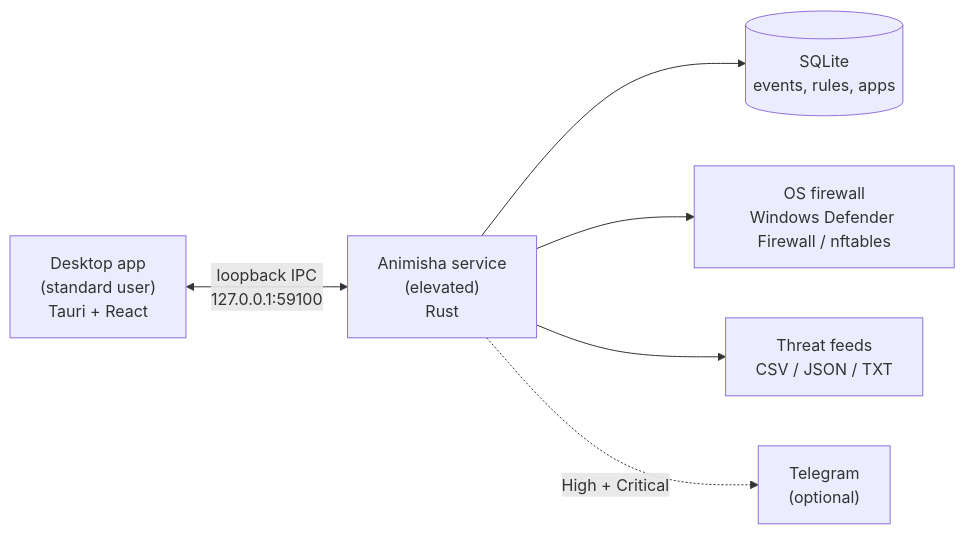
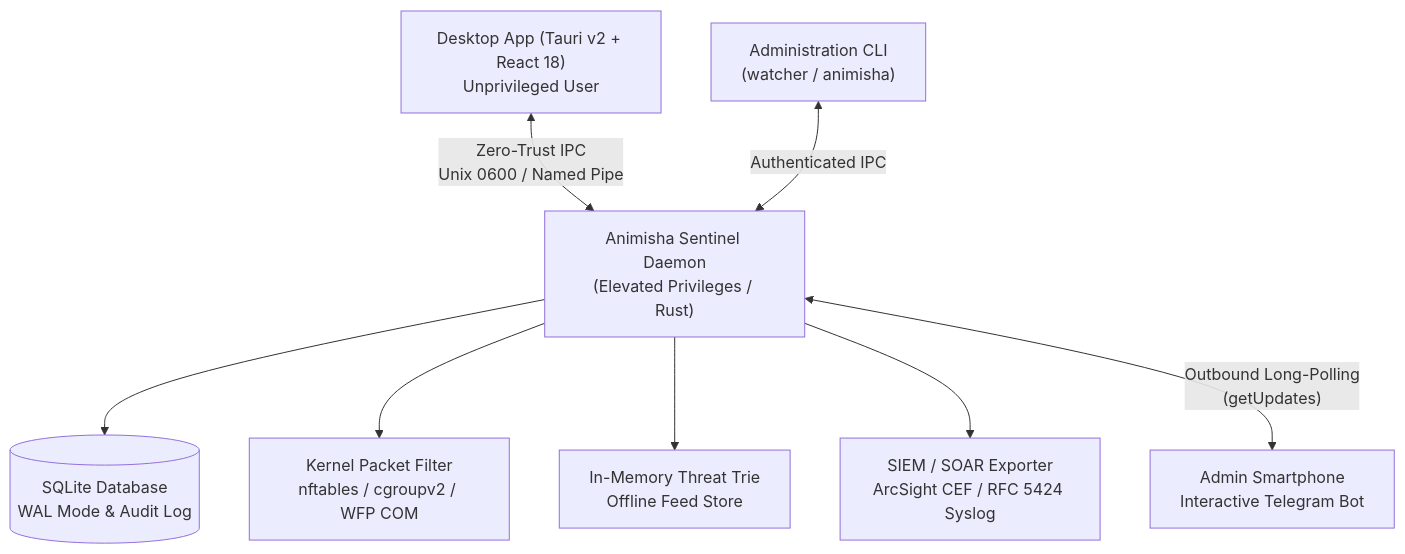
One commit to khemendra-labs/Animisha changed the diagram in README.md. Above: the diagram before and after it, drawn with Mermaid. The commit also changed other lines of this file, not shown here.

````diff
--- a/README.md
+++ b/README.md
@@ -104,8 +190,10 @@
 ```mermaid
-flowchart LR
-    UI["Desktop app<br/>(standard user)<br/>Tauri + React"] <-->|"loopback IPC<br/>127.0.0.1:59100"| SVC["Animisha service<br/>(elevated)<br/>Rust"]
-    SVC --> DB[("SQLite<br/>events, rules, apps")]
-    SVC --> FW["OS firewall<br/>Windows Defender Firewall / nftables"]
-    SVC --> TI["Threat feeds<br/>CSV / JSON / TXT"]
-    SVC -. "High + Critical" .-> TG["Telegram<br/>(optional)"]
+flowchart TD
+    UI["Desktop App (Tauri v2 + React 18)<br/>Unprivileged User"] <-->|"Zero-Trust IPC<br/>Unix 0600 / Named Pipe"| SVC["Animisha Sentinel Daemon<br/>(Elevated Privileges / Rust)"]
+    CLI["Administration CLI<br/>(watcher / animisha)"] <-->|"Authenticated IPC"| SVC
+    SVC --> DB[("SQLite Database<br/>WAL Mode & Audit Log")]
+    SVC --> FW["Kernel Packet Filter<br/>nftables / cgroupv2 / WFP COM"]
+    SVC --> TI["In-Memory Threat Trie<br/>Offline Feed Store"]
+    SVC --> SIEM["SIEM / SOAR Exporter<br/>ArcSight CEF / RFC 5424 Syslog"]
+    SVC <-->|"Outbound Long-Polling<br/>(getUpdates)"| TG["Admin Smartphone<br/>Interactive Telegram Bot"]
 ```
````
